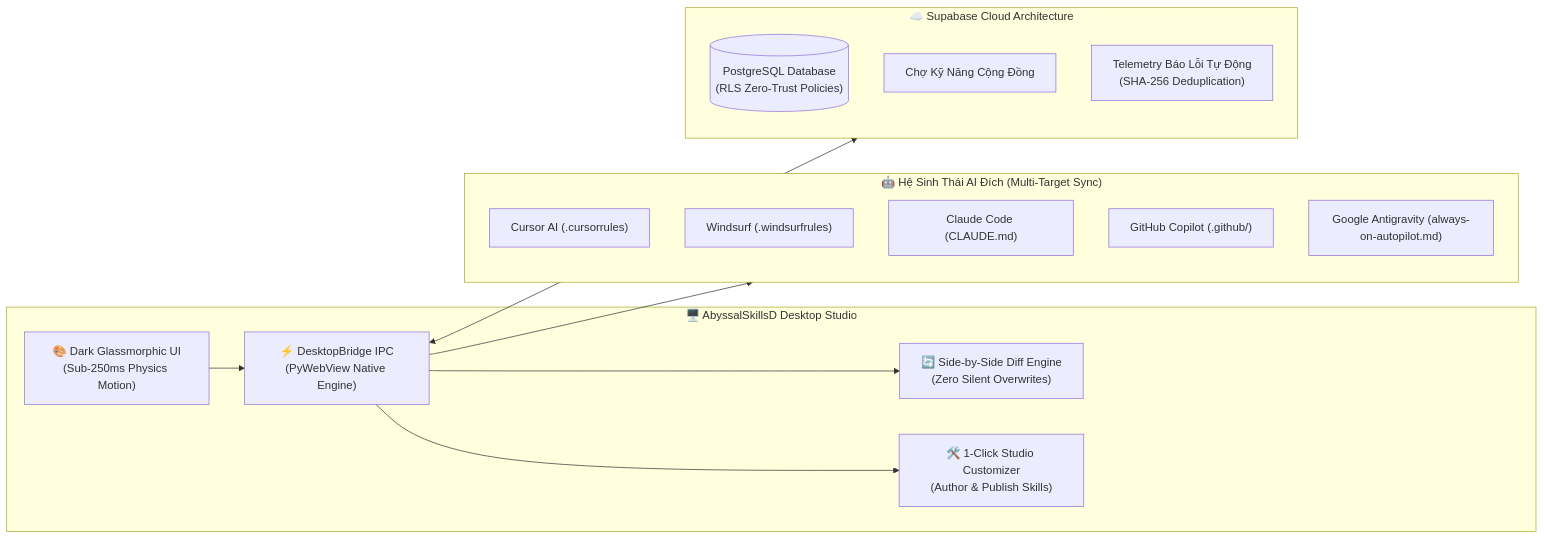
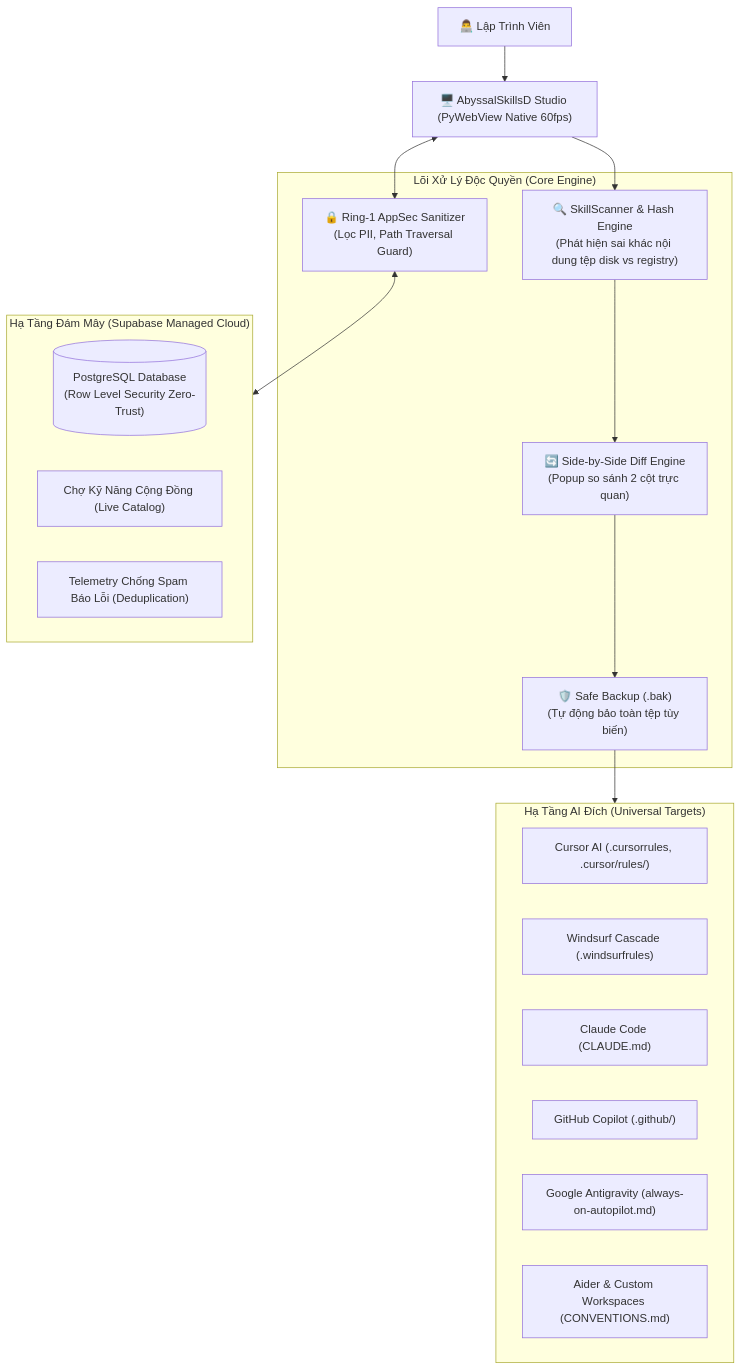
One commit to Play-with-me/AbyssalSkills-AI changed the diagram in README.md. Above: the diagram before and after it, drawn with Mermaid. The commit also changed other lines of this file and 1 other file, not shown here.

````diff
--- a/README.md
+++ b/README.md
@@ -64,29 +90,33 @@
 ```mermaid
-flowchart LR
-    subgraph Client["🖥️ AbyssalSkillsD Desktop Studio"]
-        UI["🎨 Dark Glassmorphic UI\n(Sub-250ms Physics Motion)"]
-        Bridge["⚡ DesktopBridge IPC\n(PyWebView Native Engine)"]
-        Diff["🔄 Side-by-Side Diff Engine\n(Zero Silent Overwrites)"]
-        Studio["🛠️ 1-Click Studio Customizer\n(Author & Publish Skills)"]
+flowchart TD
+    User["👨‍💻 Lập Trình Viên"] --> DesktopApp["🖥️ AbyssalSkillsD Studio (PyWebView Native 60fps)"]
+    
+    subgraph Engine["Lõi Xử Lý Độc Quyền (Core Engine)"]
+        Scanner["🔍 SkillScanner & Hash Engine\n(Phát hiện sai khác nội dung tệp disk vs registry)"]
+        DiffEngine["🔄 Side-by-Side Diff Engine\n(Popup so sánh 2 cột trực quan)"]
+        SafeBackup["🛡️ Safe Backup (.bak)\n(Tự động bảo toàn tệp tùy biến)"]
+        AppSec["🔒 Ring-1 AppSec Sanitizer\n(Lọc PII, Path Traversal Guard)"]
     end
 
-    subgraph AITargets["🤖 Hệ Sinh Thái AI Đích (Multi-Target Sync)"]
-        Cursor["Cursor AI (.cursorrules)"]
-        Windsurf["Windsurf (.windsurfrules)"]
-        Claude["Claude Code (CLAUDE.md)"]
-        Copilot["GitHub Copilot (.github/)"]
-        Antigravity["Google Antigravity (always-on-autopilot.md)"]
+    subgraph Targets["Hạ Tầng AI Đích (Universal Targets)"]
+        T1["Cursor AI (.cursorrules, .cursor/rules/)"]
+        T2["Windsurf Cascade (.windsurfrules)"]
+        T3["Claude Code (CLAUDE.md)"]
+        T4["GitHub Copilot (.github/)"]
+        T5["Google Antigravity (always-on-autopilot.md)"]
+        T6["Aider & Custom Workspaces (CONVENTIONS.md)"]
     end
 
-    subgraph Cloud["☁️ Supabase Cloud Architecture"]
-        DB[("PostgreSQL Database\n(RLS Zero-Trust Policies)")]
-        Community["Chợ Kỹ Năng Cộng Đồng"]
-        Telemetry["Telemetry Báo Lỗi Tự Động\n(SHA-256 Deduplication)"]
+    subgraph CloudInfra["Hạ Tầng Đám Mây (Supabase Managed Cloud)"]
+        SupaDB[("PostgreSQL Database\n(Row Level Security Zero-Trust)")]
+        Community["Chợ Kỹ Năng Cộng Đồng (Live Catalog)"]
+        Telemetry["Telemetry Chống Spam Báo Lỗi (Deduplication)"]
     end
 
-    UI --> Bridge
-    Bridge --> Diff
-    Bridge --> Studio
-    Bridge --> AITargets
-    Bridge <--> Cloud
+    DesktopApp --> Scanner
+    Scanner --> DiffEngine
+    DiffEngine --> SafeBackup
+    SafeBackup --> Targets
+    DesktopApp <--> AppSec
+    AppSec <--> CloudInfra
 ```
````
